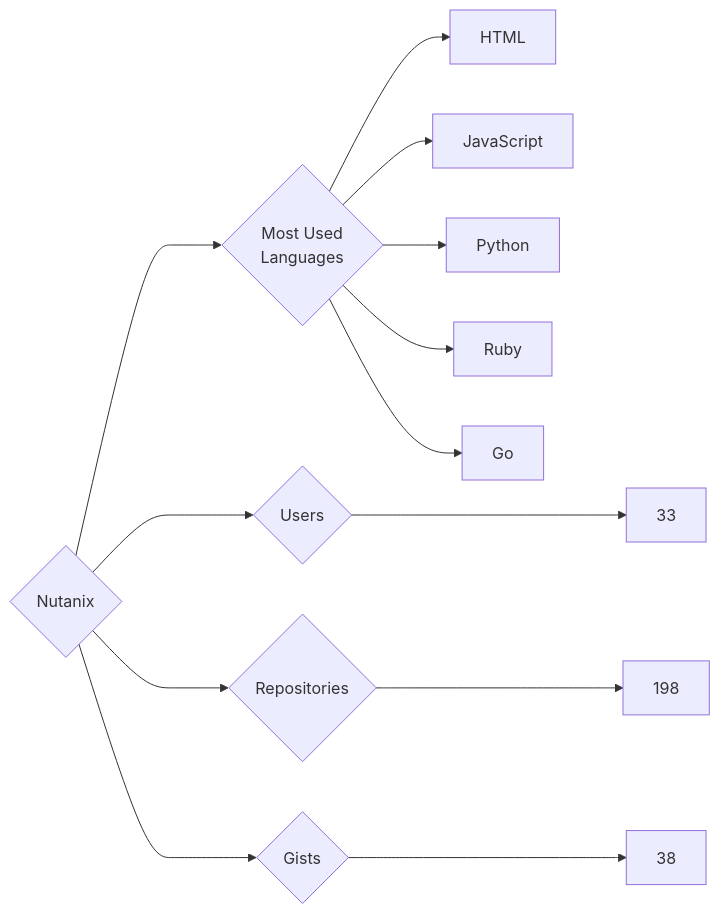
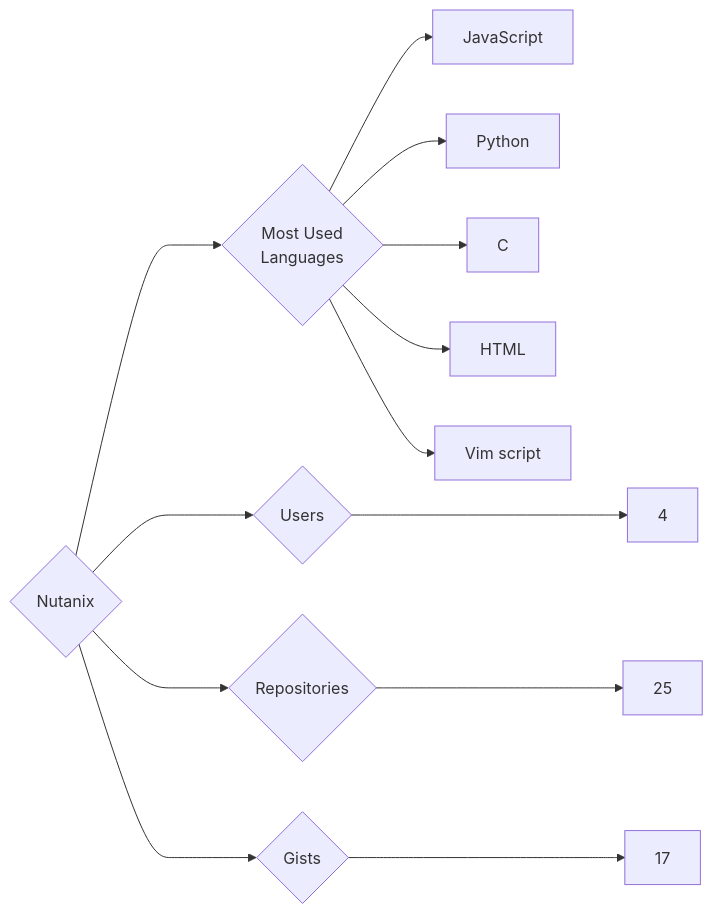
One commit to trickest/insiders changed the diagram in targets/Nutanix/README.md. Above: the diagram before and after it, drawn with Mermaid. The commit also changed 939 other files, not shown here.

````diff
--- a/targets/Nutanix/README.md
+++ b/targets/Nutanix/README.md
@@ -3,13 +3,13 @@
 ```mermaid
 graph LR
 COMPANY_NAME{Nutanix}
-COMPANY_NAME ---> U{Users} ---> UN[33]
-COMPANY_NAME ---> R{Repositories} ---> RN[198]
-COMPANY_NAME ---> G{Gists} ---> GN[38]
+COMPANY_NAME ---> U{Users} ---> UN[4]
+COMPANY_NAME ---> R{Repositories} ---> RN[25]
+COMPANY_NAME ---> G{Gists} ---> GN[17]
 COMPANY_NAME ---> ML{Most Used<br>Languages}
-ML --> HTML[HTML]
 ML --> JavaScript[JavaScript]
 ML --> Python[Python]
-ML --> Ruby[Ruby]
-ML --> Go[Go]
+ML --> C[C]
+ML --> HTML[HTML]
+ML --> Vim_script[Vim script]
 ```
````
